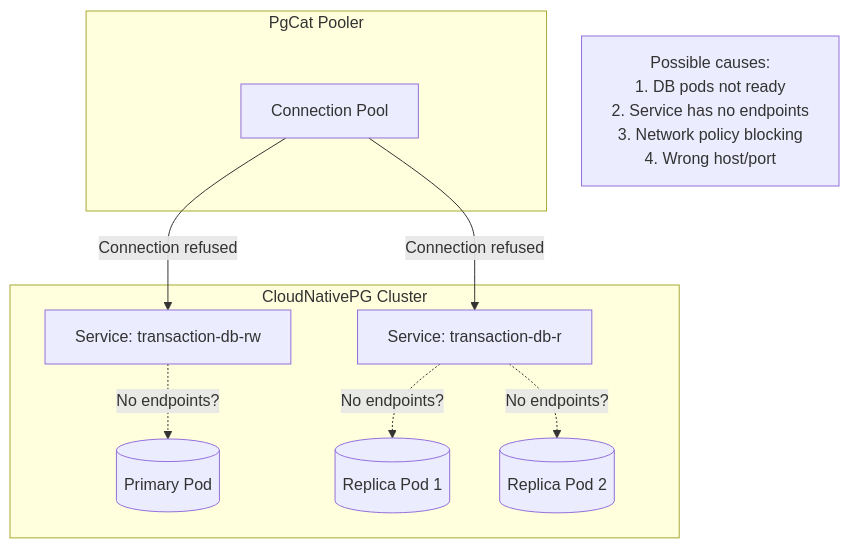
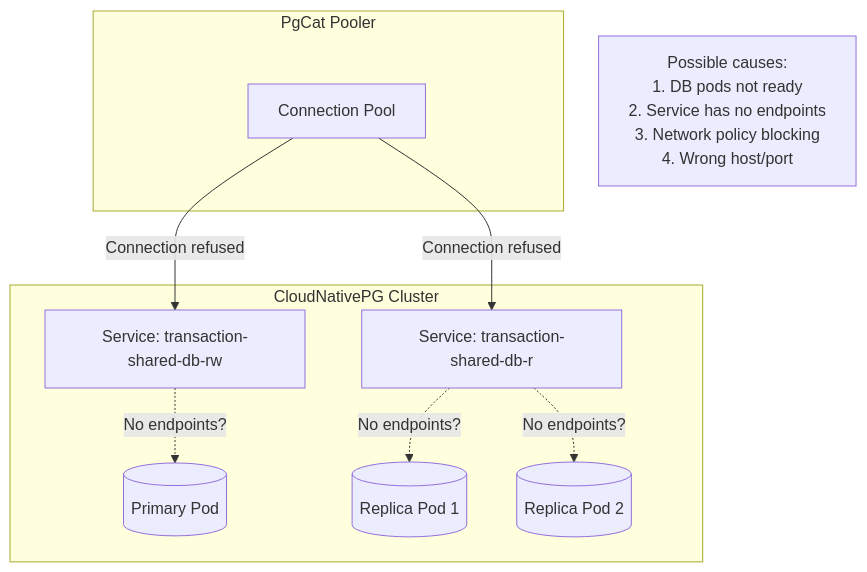
One commit to duynhlab/homelab changed the diagram in docs/runbooks/troubleshooting/pgcat_upstream_connectivity_errors.md. Above: the diagram before and after it, drawn with Mermaid. The commit also changed other lines of this file and 11 other files, not shown here.

````diff
--- a/docs/runbooks/troubleshooting/pgcat_upstream_connectivity_errors.md
+++ b/docs/runbooks/troubleshooting/pgcat_upstream_connectivity_errors.md
@@ -25,23 +25,23 @@
 ```mermaid
 flowchart TD
     subgraph PgCat["PgCat Pooler"]
         Pool[Connection Pool]
     end
     
     subgraph CNPG["CloudNativePG Cluster"]
-        SvcRW[Service: transaction-db-rw]
-        SvcR[Service: transaction-db-r]
+        SvcRW[Service: transaction-shared-db-rw]
+        SvcR[Service: transaction-shared-db-r]
         Primary[(Primary Pod)]
         Replica1[(Replica Pod 1)]
         Replica2[(Replica Pod 2)]
     end
     
     Pool -->|"Connection refused"| SvcRW
     Pool -->|"Connection refused"| SvcR
     
     SvcRW -.->|"No endpoints?"| Primary
     SvcR -.->|"No endpoints?"| Replica1
     SvcR -.->|"No endpoints?"| Replica2
     
     Note1[Possible causes:<br/>1. DB pods not ready<br/>2. Service has no endpoints<br/>3. Network policy blocking<br/>4. Wrong host/port]
 ```
````
